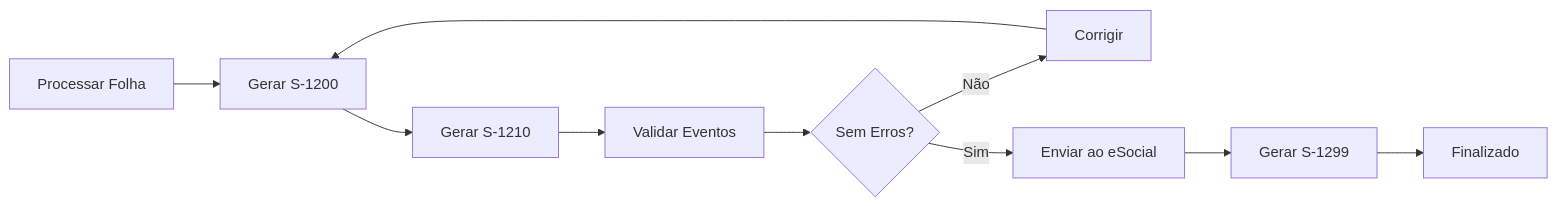
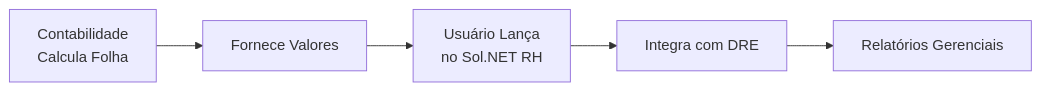
One commit to hetosoft/documentacao-solnet changed the diagram in RH/Documentacao Folha de Pagamento.md. Above: the diagram before and after it, drawn with Mermaid. The commit also changed other lines of this file and 4 other files, not shown here.

````diff
--- a/RH/Documentacao Folha de Pagamento.md
+++ b/RH/Documentacao Folha de Pagamento.md
@@ -490,12 +29,7 @@
 ```mermaid
 graph LR
-    A[Processar Folha] --> B[Gerar S-1200]
-    B --> C[Gerar S-1210]
-    C --> D[Validar Eventos]
-    D --> E{Sem Erros?}
-    E -->|Não| F[Corrigir]
-    F --> B
-    E -->|Sim| G[Enviar ao eSocial]
-    G --> H[Gerar S-1299]
-    H --> I[Finalizado]
+    A[Contabilidade<br/>Calcula Folha] --> B[Fornece Valores]
+    B --> C[Usuário Lança<br/>no Sol.NET RH]
+    C --> D[Integra com DRE]
+    D --> E[Relatórios Gerenciais]
 ```
````
